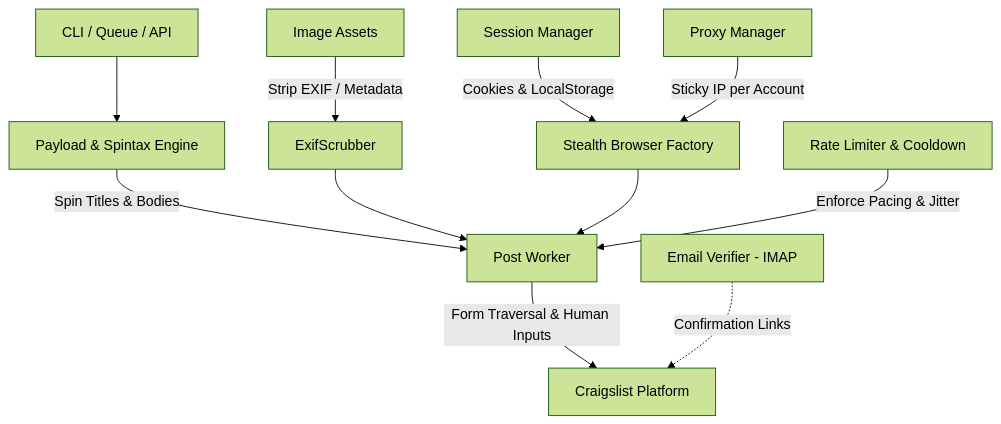
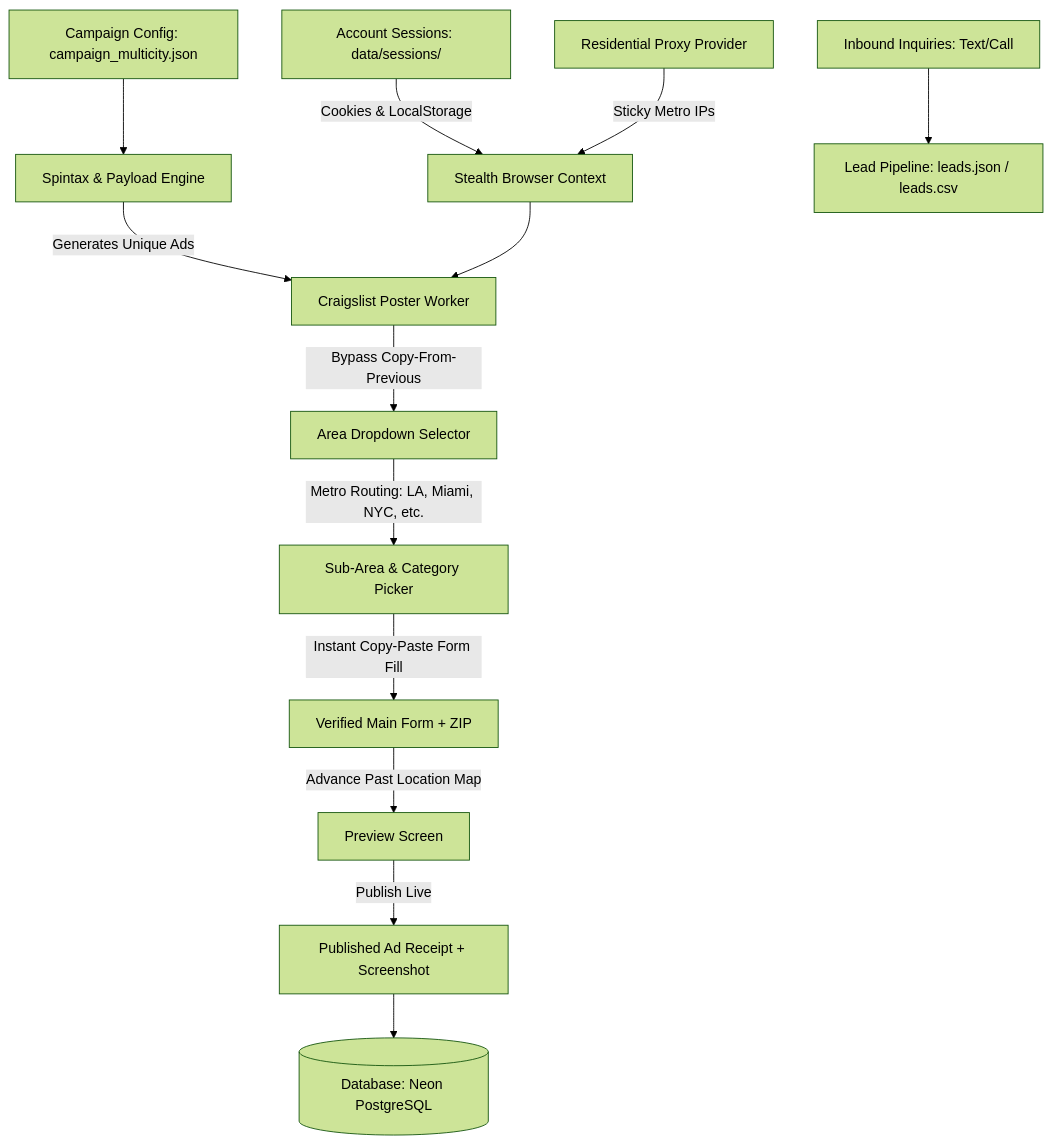
Before and after one commit to PINNACLEAISOLUTIONS/craigslistautoposter: the diagram in README.md, drawn with Mermaid (forest theme). The commit also changed other lines of this file, not shown here.

Commit message:
docs: upgrade README with enterprise architecture, Neon DB setup, multi-city guide, and connection specs

````diff
--- a/README.md
+++ b/README.md
@@ -14,13 +28,18 @@
 ```mermaid
 graph TD
-    A[CLI / Queue / API] --> B[Payload & Spintax Engine]
-    B -->|Spin Titles & Bodies| C[Post Worker]
-    D[Image Assets] -->|Strip EXIF / Metadata| E[ExifScrubber]
+    A[Campaign Config: campaign_multicity.json] --> B[Spintax & Payload Engine]
+    B -->|Generates Unique Ads| C[Craigslist Poster Worker]
+    
+    D[Account Sessions: data/sessions/] -->|Cookies & LocalStorage| E[Stealth Browser Context]
+    F[Residential Proxy Provider] -->|Sticky Metro IPs| E
     E --> C
-    F[Session Manager] -->|Cookies & LocalStorage| G[Stealth Browser Factory]
-    H[Proxy Manager] -->|Sticky IP per Account| G
-    G --> C
-    I[Rate Limiter & Cooldown] -->|Enforce Pacing & Jitter| C
-    C -->|Form Traversal & Human Inputs| J[Craigslist Platform]
-    K[Email Verifier - IMAP] -.->|Confirmation Links| J
+    
+    C -->|Bypass Copy-From-Previous| G[Area Dropdown Selector]
+    G -->|Metro Routing: LA, Miami, NYC, etc.| H[Sub-Area & Category Picker]
+    H -->|Instant Copy-Paste Form Fill| I[Verified Main Form + ZIP]
+    I -->|Advance Past Location Map| J[Preview Screen]
+    J -->|Publish Live| K[Published Ad Receipt + Screenshot]
+    
+    K --> L[(Database: Neon PostgreSQL)]
+    M[Inbound Inquiries: Text/Call] --> N[Lead Pipeline: leads.json / leads.csv]
 ```
````
